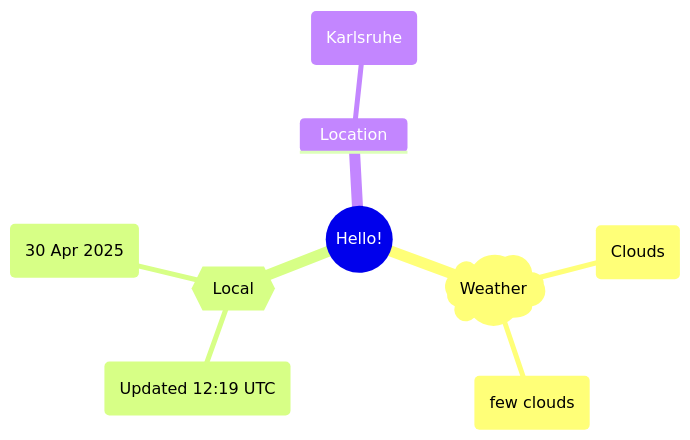
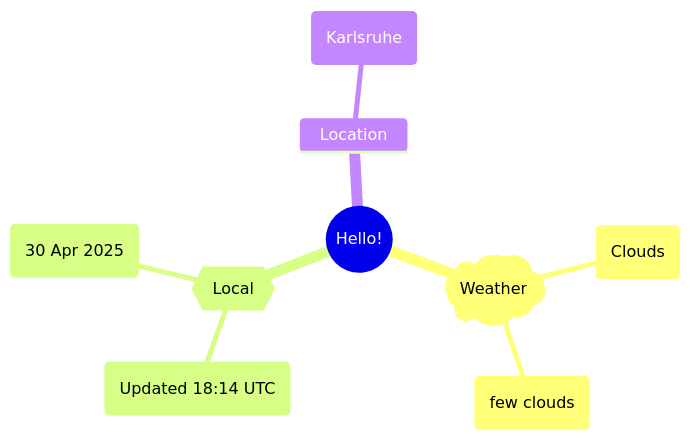
One commit to Xosrov/Xosrov changed the first of 2 diagrams in README.md. Above: the diagram before and after it, drawn with Mermaid.

Commit message:
[bot] updated images

````diff
--- a/README.md
+++ b/README.md
@@ -3,12 +3,12 @@
 ```mermaid
 mindmap
   root((Hello!))
     )Weather(
         (Clouds)
         (few clouds)
     {{Local}}
-        (Updated 12:19 UTC)
+        (Updated 18:14 UTC)
         (30 Apr 2025)
     Location
         (Karlsruhe)
 ```
````
